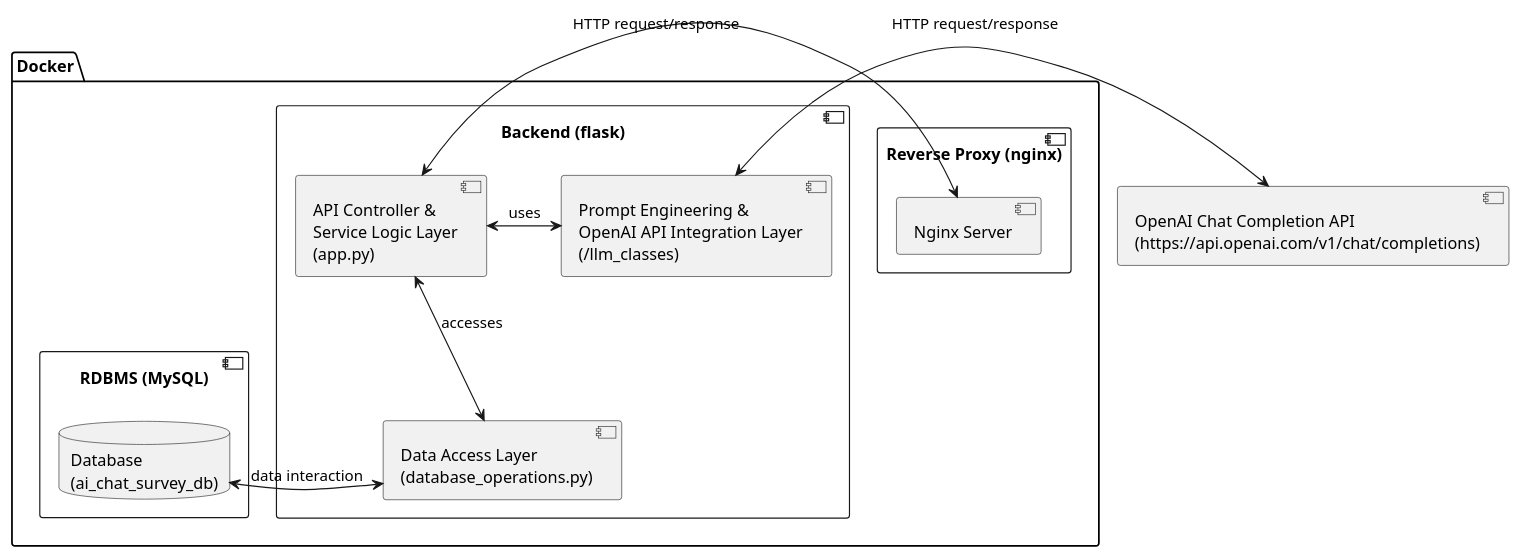
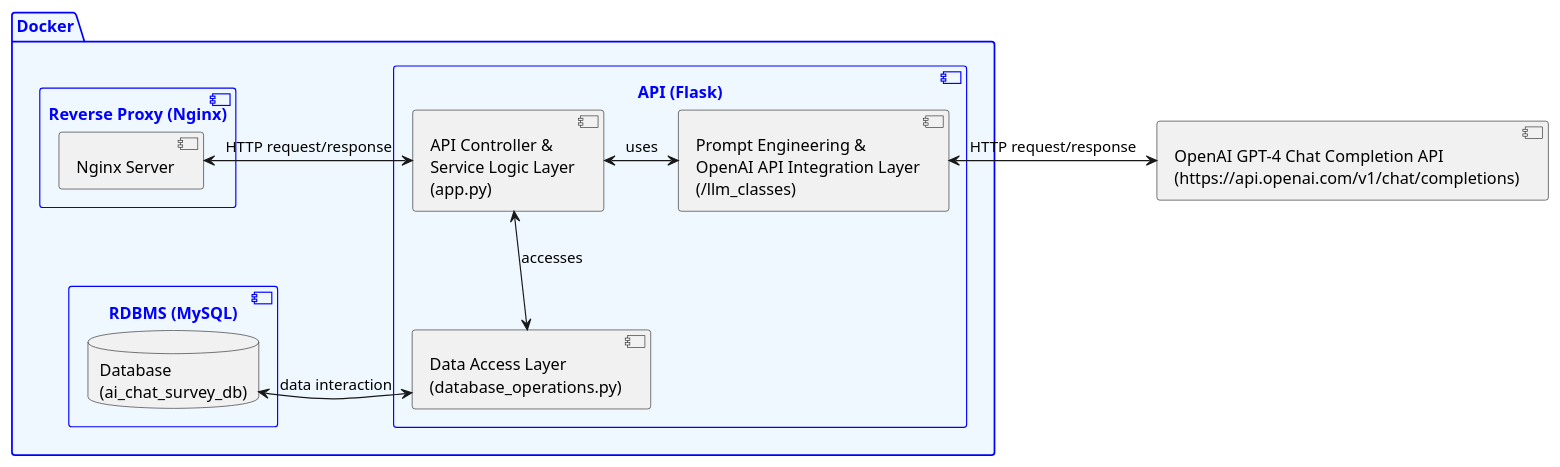
One commit to pakshuang/ai-chat-survey changed the diagram in docs/diagrams/src/backend-architecture.plantuml. Above: the diagram before and after it, drawn with PlantUML. The commit also changed 1 other file, not shown here.

Commit message:
Update backend architecture diagram

```diff
--- a/docs/diagrams/src/backend-architecture.plantuml
+++ b/docs/diagrams/src/backend-architecture.plantuml
@@ -1,26 +1,26 @@
 @startuml backend-architecture
 
-package "Docker" {
-    component "Reverse Proxy (nginx)" as reverse_proxy {
-        [Nginx Server] as nginx
-    }
-
-    component "Backend (flask)" as backend {
+package "Docker" #aliceblue;line:blue;text:blue {
+    component "API (Flask)" as backend #aliceblue;line:blue;text:blue {
         [Prompt Engineering &\nOpenAI API Integration Layer\n(/llm_classes)] as OA
         [API Controller &\nService Logic Layer\n(app.py)] as API
         [Data Access Layer\n(database_operations.py)] as DAL
     }
 
-    component "RDBMS (MySQL)" as database {
+    component "Reverse Proxy (Nginx)" as reverse_proxy #aliceblue;line:blue;text:blue {
+        [Nginx Server] as nginx
+    }
+
+    component "RDBMS (MySQL)" as database #aliceblue;line:blue;text:blue {
         database "Database\n(ai_chat_survey_db)" as DB
     }
 
     nginx <-right-> API : HTTP request/response
     API <-down-> DAL : accesses
     DAL <-right-> DB : data interaction
     OA <-left-> API : uses
 }
 
-[OpenAI Chat Completion API\n(https://api.openai.com/v1/chat/completions)] <-left-> OA: HTTP request/response
+[OpenAI GPT-4 Chat Completion API\n(https://api.openai.com/v1/chat/completions)] <-left-> OA: HTTP request/response
 
 @enduml
```
